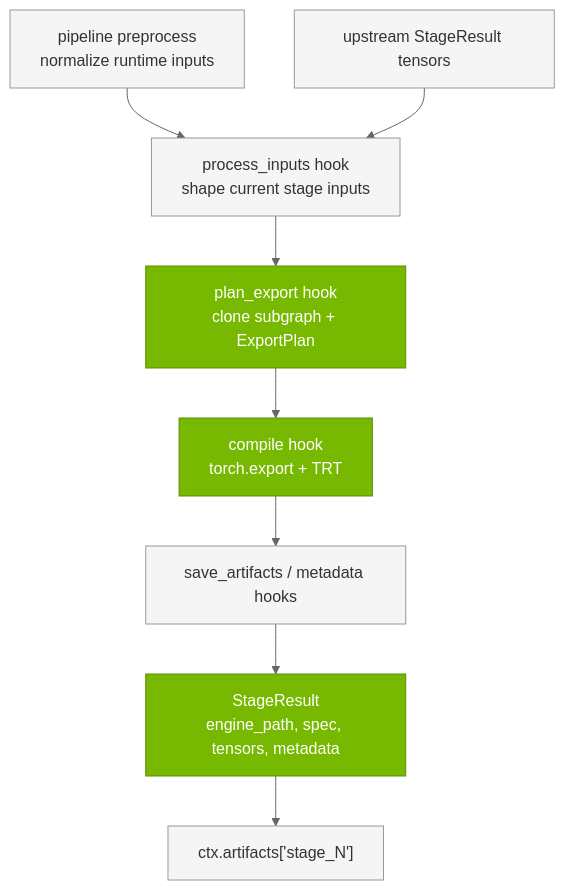
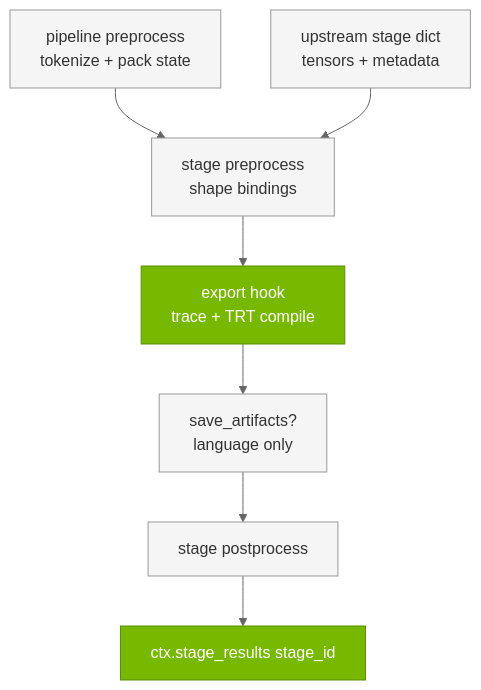
The third of 5 diagrams in docs/source/examples/gr00t.rst (micwill755/TRT-VLA-Lowering), drawn with Mermaid before and after one commit. The commit also changed other lines of this file and 98 other files, not shown here.

```diff
--- a/docs/source/examples/gr00t.rst
+++ b/docs/source/examples/gr00t.rst
@@ -117,21 +117,20 @@
 .. mermaid::
 
    %%{init: {'theme':'neutral', 'themeVariables': {'primaryColor':'#76B900','primaryTextColor':'#fff','primaryBorderColor':'#5a8f00','lineColor':'#666','edgeLabelBackground':'#ffffff','labelTextColor':'#000','clusterBkg':'#ffffff','clusterBorder':'#999'}}}%%
    graph TB
-       PRE["pipeline preprocess<br/>normalize runtime inputs"]
-       UP["upstream StageResult tensors"]
-       GLUE["process_inputs hook<br/>shape current stage inputs"]
-       PLAN["plan_export hook<br/>clone subgraph + ExportPlan"]
-       COMP["compile hook<br/>torch.export + TRT"]
-       SAVE["save_artifacts / metadata hooks"]
-       RESULT["StageResult<br/>engine_path, spec, tensors, metadata"]
-       ART["ctx.artifacts['stage_N']"]
+       PRE["pipeline preprocess<br/>tokenize + pack state"]
+       UP["upstream stage dict<br/>tensors + metadata"]
+       SPRE["stage preprocess<br/>shape bindings"]
+       EXP["export hook<br/>trace + TRT compile"]
+       SAVE["save_artifacts?<br/>language only"]
+       POST["stage postprocess"]
+       RESULT["ctx.stage_results stage_id"]
 
-       PRE --> GLUE
-       UP --> GLUE
-       GLUE --> PLAN --> COMP --> SAVE --> RESULT --> ART
+       PRE --> SPRE
+       UP --> SPRE
+       SPRE --> EXP --> SAVE --> POST --> RESULT
 
        classDef nvNode fill:#76B900,stroke:#5a8f00,stroke-width:1px,color:#fff
        classDef greyNode fill:#f5f5f5,stroke:#999,stroke-width:1px,color:#333
-       class PLAN,COMP,RESULT nvNode
-       class PRE,UP,GLUE,SAVE,ART greyNode
+       class EXP,RESULT nvNode
+       class PRE,UP,SPRE,SAVE,POST greyNode
```
